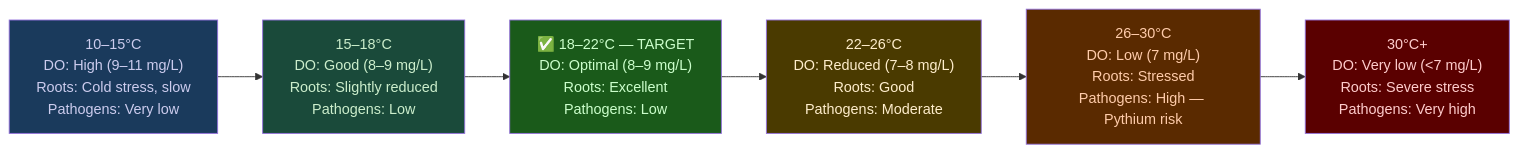
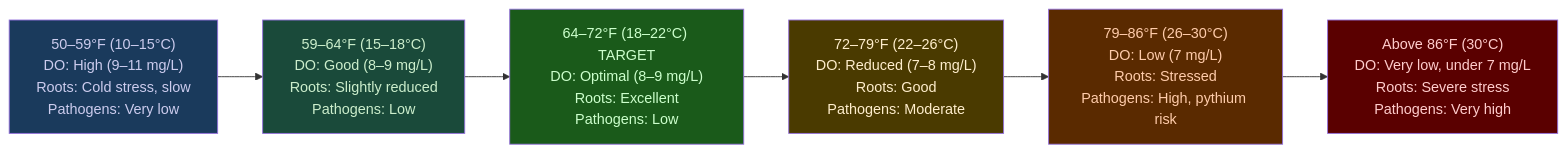
One commit to UncleJS/guide_hydroponics changed the second of 3 diagrams in guide/ebb-and-flow/02-nutrient-solution.md. Above: the diagram before and after it, drawn with Mermaid. The commit also changed other lines of this file and 35 other files, not shown here.

````diff
--- a/guide/ebb-and-flow/02-nutrient-solution.md
+++ b/guide/ebb-and-flow/02-nutrient-solution.md
@@ -337,18 +363,18 @@
 ```mermaid
 flowchart LR
-    T1["10–15°C<br/>DO: High (9–11 mg/L)<br/>Roots: Cold stress, slow<br/>Pathogens: Very low"]
-    T2["15–18°C<br/>DO: Good (8–9 mg/L)<br/>Roots: Slightly reduced<br/>Pathogens: Low"]
-    T3["✅ 18–22°C — TARGET<br/>DO: Optimal (8–9 mg/L)<br/>Roots: Excellent<br/>Pathogens: Low"]
-    T4["22–26°C<br/>DO: Reduced (7–8 mg/L)<br/>Roots: Good<br/>Pathogens: Moderate"]
-    T5["26–30°C<br/>DO: Low (7 mg/L)<br/>Roots: Stressed<br/>Pathogens: High — Pythium risk"]
-    T6["30°C+<br/>DO: Very low (&lt;7 mg/L)<br/>Roots: Severe stress<br/>Pathogens: Very high"]
+    T1["50–59°F (10–15°C)<br/>DO: High (9–11 mg/L)<br/>Roots: Cold stress, slow<br/>Pathogens: Very low"]
+    T2["59–64°F (15–18°C)<br/>DO: Good (8–9 mg/L)<br/>Roots: Slightly reduced<br/>Pathogens: Low"]
+    T3["64–72°F (18–22°C) TARGET<br/>DO: Optimal (8–9 mg/L)<br/>Roots: Excellent<br/>Pathogens: Low"]
+    T4["72–79°F (22–26°C)<br/>DO: Reduced (7–8 mg/L)<br/>Roots: Good<br/>Pathogens: Moderate"]
+    T5["79–86°F (26–30°C)<br/>DO: Low (7 mg/L)<br/>Roots: Stressed<br/>Pathogens: High, pythium risk"]
+    T6["Above 86°F (30°C)<br/>DO: Very low, under 7 mg/L<br/>Roots: Severe stress<br/>Pathogens: Very high"]
 
     T1 --> T2 --> T3 --> T4 --> T5 --> T6
 
     style T1 fill:#1a3a5c,color:#cce
     style T2 fill:#1a4a3a,color:#cec
     style T3 fill:#1a5a1a,color:#cfc
     style T4 fill:#4a3a00,color:#fec
     style T5 fill:#5a2a00,color:#fca
     style T6 fill:#5a0000,color:#fcc
 ```
````
